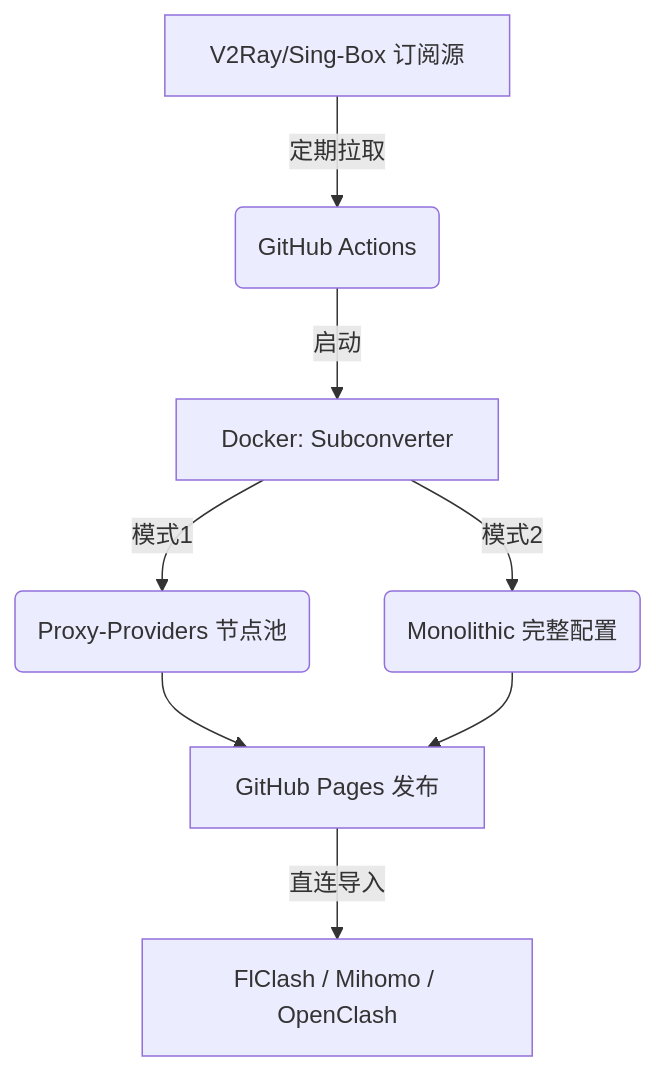
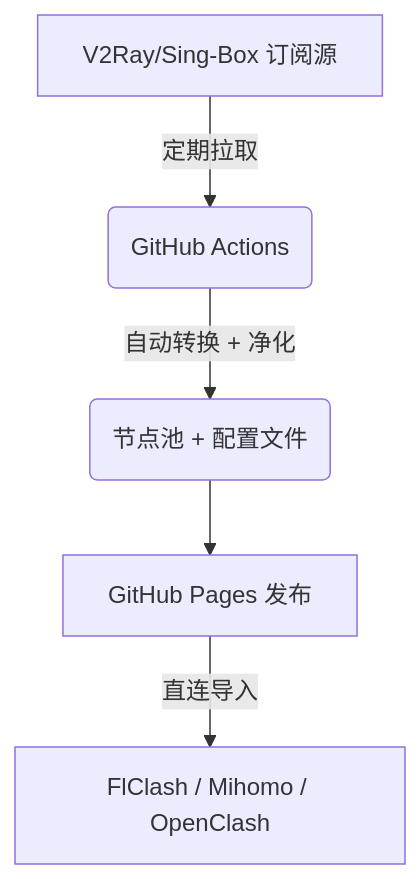
Before and after one commit to WayhomeZ/v2ray_to_Clash: the diagram in README.md, drawn with Mermaid. The commit also changed other lines of this file, not shown here.

````diff
--- a/README.md
+++ b/README.md
@@ -16,10 +16,7 @@
 ```mermaid
 graph TD;
     A[V2Ray/Sing-Box 订阅源] -->|定期拉取| B(GitHub Actions);
-    B -->|启动| C[Docker: Subconverter];
-    C -->|模式1| D(Proxy-Providers 节点池);
-    C -->|模式2| E(Monolithic 完整配置);
-    D --> F[GitHub Pages 发布];
-    E --> F;
+    B -->|自动转换 + 净化| C(节点池 + 配置文件);
+    C --> F[GitHub Pages 发布];
     F -->|直连导入| G[FlClash / Mihomo / OpenClash];
 ```
````
